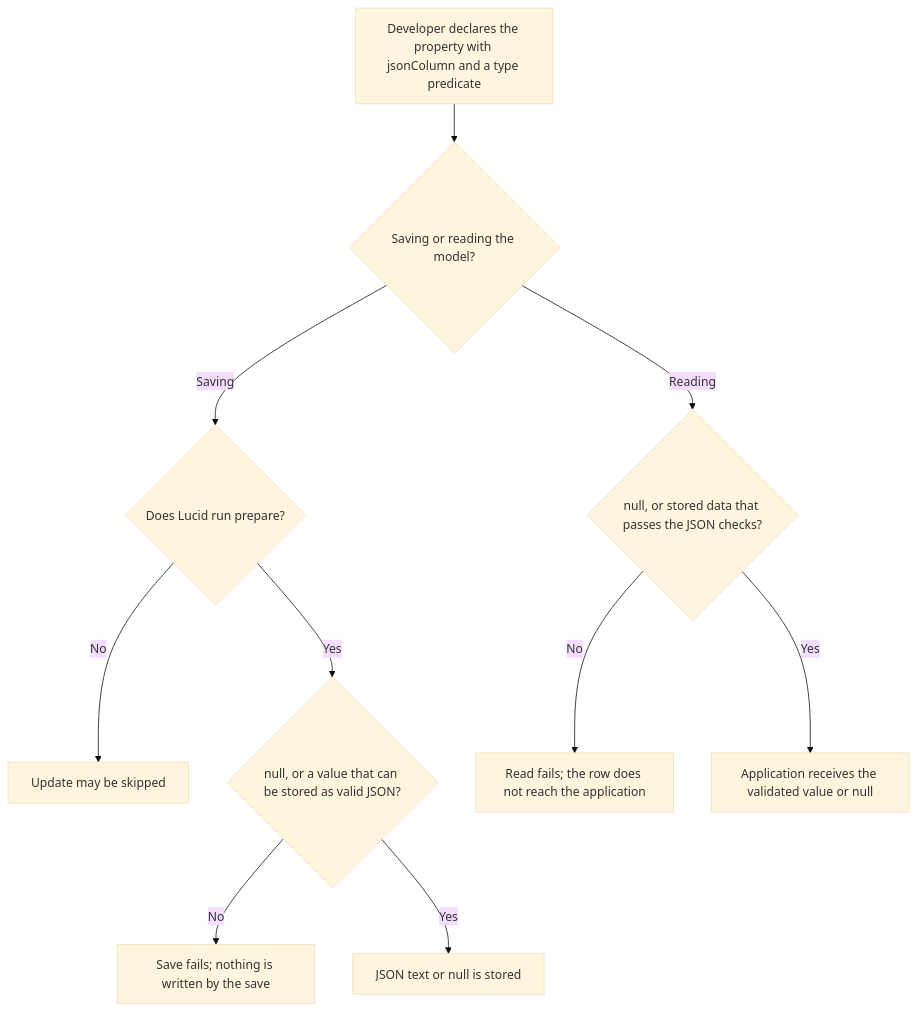
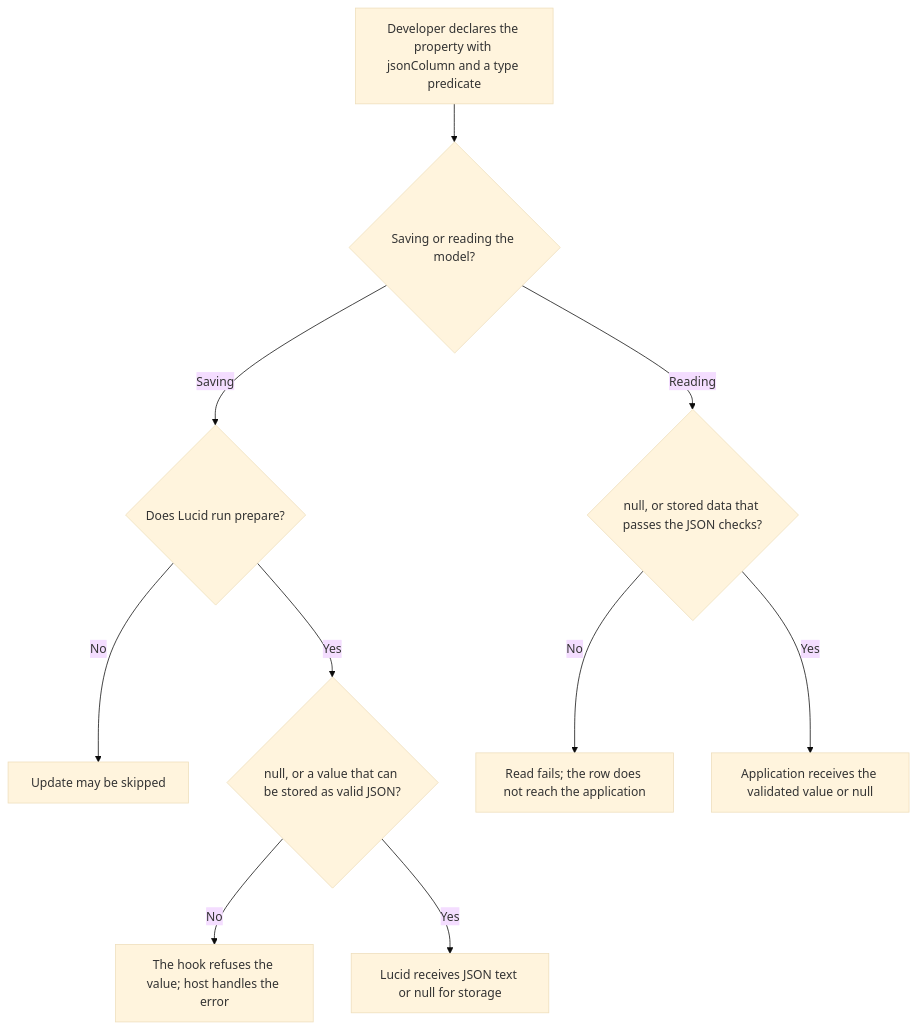
The first of 2 diagrams in user-stories/US-COLUMN-01-store-checked-json.md (Kevinjohn/oss-adonisjs-lucid-checked-columns), drawn with Mermaid (base theme) before and after one commit. The commit also changed other lines of this file and 9 other files, not shown here.

````diff
--- a/user-stories/US-COLUMN-01-store-checked-json.md
+++ b/user-stories/US-COLUMN-01-store-checked-json.md
@@ -31,12 +32,12 @@
 ```mermaid
 flowchart TD
     A["Developer declares the property with jsonColumn and a type predicate"] --> B{"Saving or reading the model?"}
     B -->|Saving| S{"Does Lucid run prepare?"}
     S -->|No| T["Update may be skipped"]
     S -->|Yes| C{"null, or a value that can be stored as valid JSON?"}
-    C -->|No| D["Save fails; nothing is written by the save"]
-    C -->|Yes| E["JSON text or null is stored"]
+    C -->|No| D["The hook refuses the value; host handles the error"]
+    C -->|Yes| E["Lucid receives JSON text or null for storage"]
     B -->|Reading| F{"null, or stored data that passes the JSON checks?"}
     F -->|No| G["Read fails; the row does not reach the application"]
     F -->|Yes| H["Application receives the validated value or null"]
 ```
````
